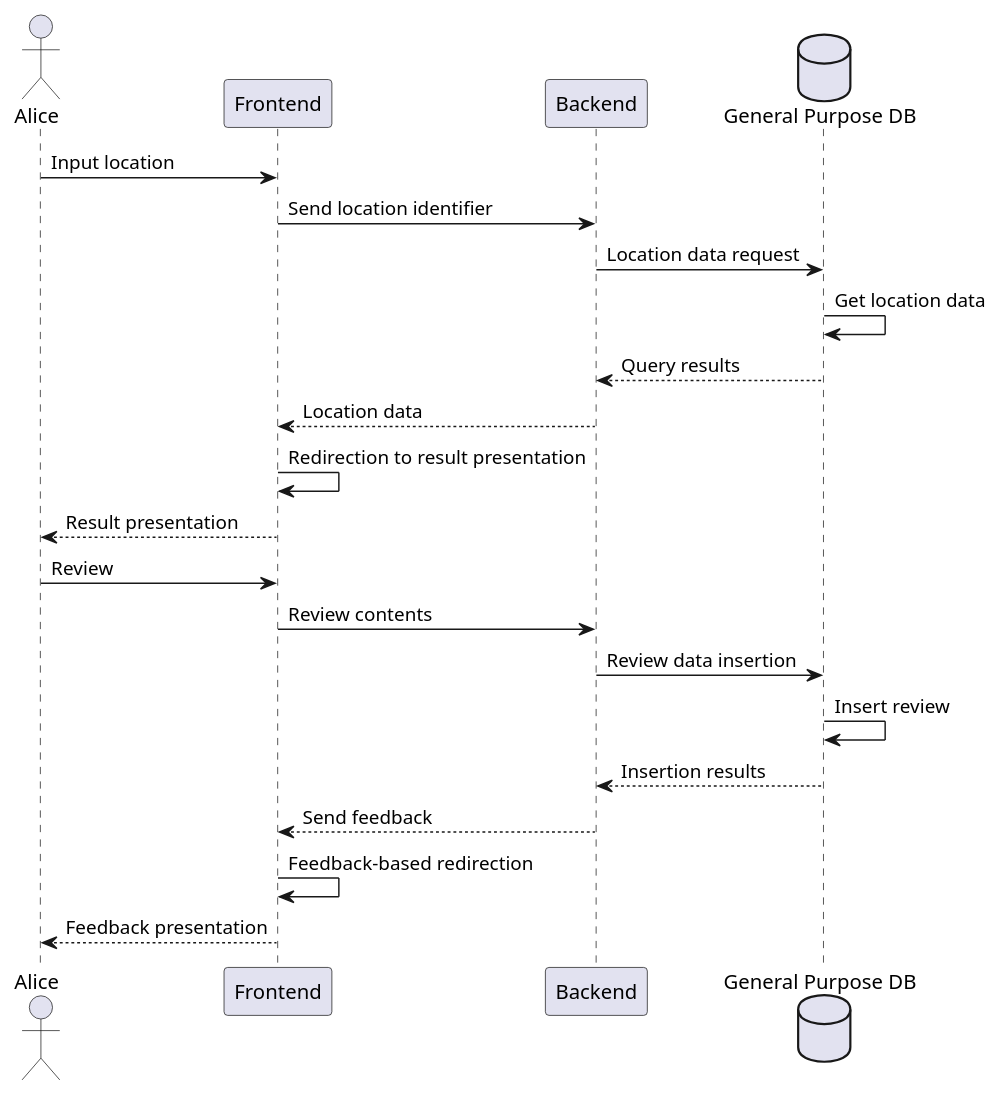
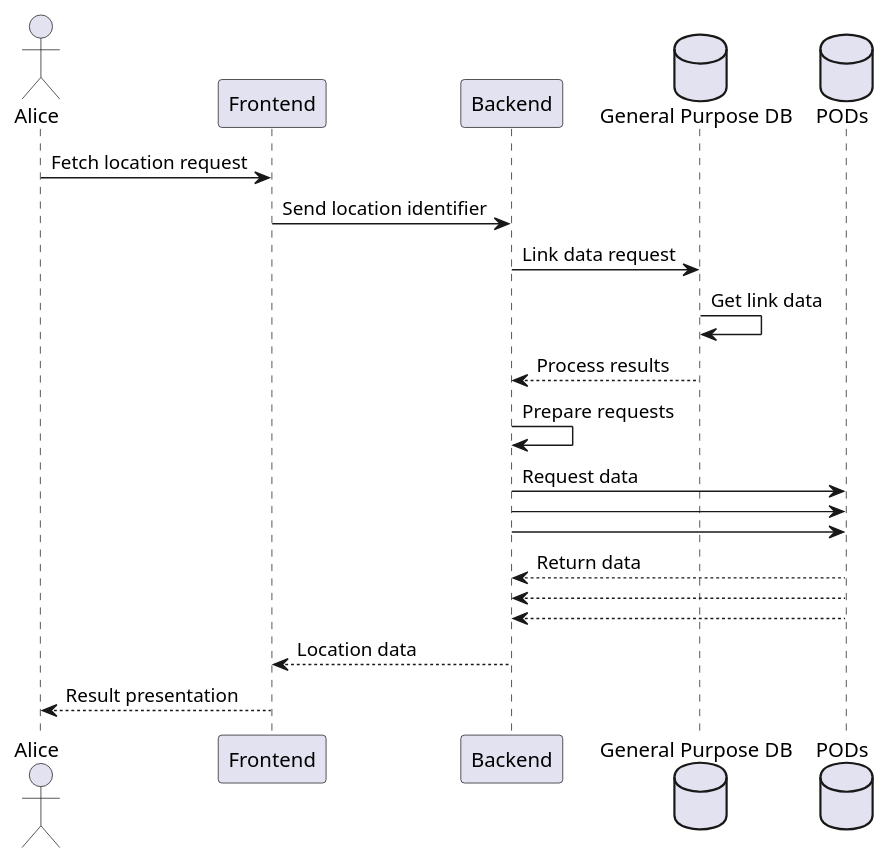
One commit to Arquisoft/lomap_en1a changed the third of 4 diagrams in docs/06_runtime_view.adoc. Above: the diagram before and after it, drawn with PlantUML. The commit also changed other lines of this file and 2 other files, not shown here.

```diff
--- a/docs/06_runtime_view.adoc
+++ b/docs/06_runtime_view.adoc
@@ -73,25 +58,29 @@
-[plantuml,"Review location scenario",png]
+[plantuml,"View location details scenario",svg]
 ----
 @startuml
 actor User as "Alice"
 participant Frontend
 participant Backend
 database DB as "General Purpose DB"
-User-> Frontend: Input location
+database PODs
+
+User-> Frontend: Fetch location request
 Frontend-> Backend: Send location identifier
-Backend-> DB: Location data request
-DB-> DB: Get location data
-DB--> Backend: Query results
+Backend-> DB: Link data request
+DB-> DB: Get link data
+DB--> Backend: Process results
+Backend -> Backend: Prepare requests
+Backend -> PODs: Request data
+Backend -> PODs
+Backend -> PODs
+
+PODs --> Backend: Return data
+PODs --> Backend
+PODs --> Backend
+
 Backend--> Frontend: Location data
-Frontend-> Frontend: Redirection to result presentation
+
 Frontend--> User: Result presentation
-User-> Frontend: Review
-Frontend-> Backend: Review contents
-Backend-> DB: Review data insertion
-DB-> DB: Insert review
-DB--> Backend: Insertion results
-Backend--> Frontend: Send feedback
-Frontend-> Frontend: Feedback-based redirection
-Frontend--> User: Feedback presentation
+
 @enduml
 ----
```
